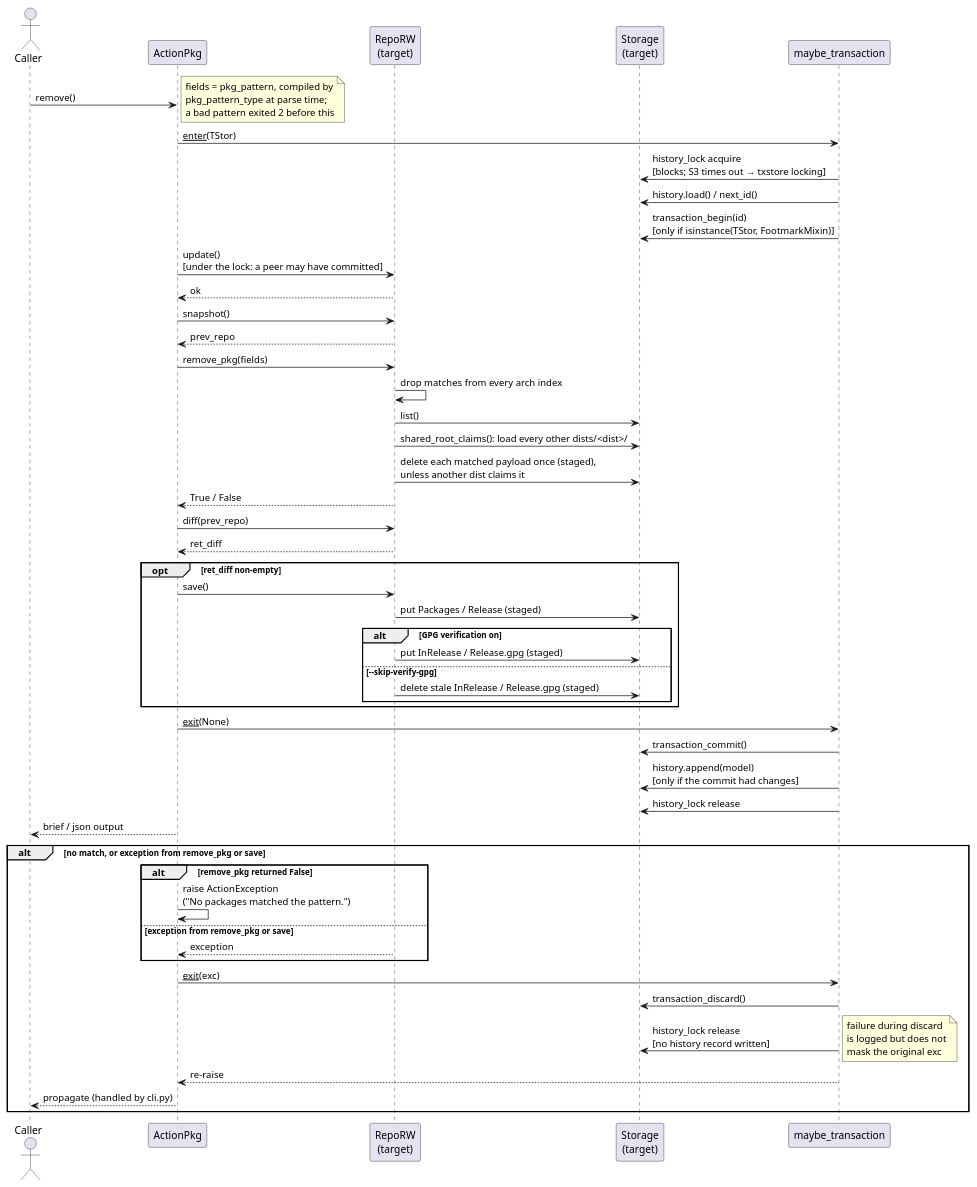
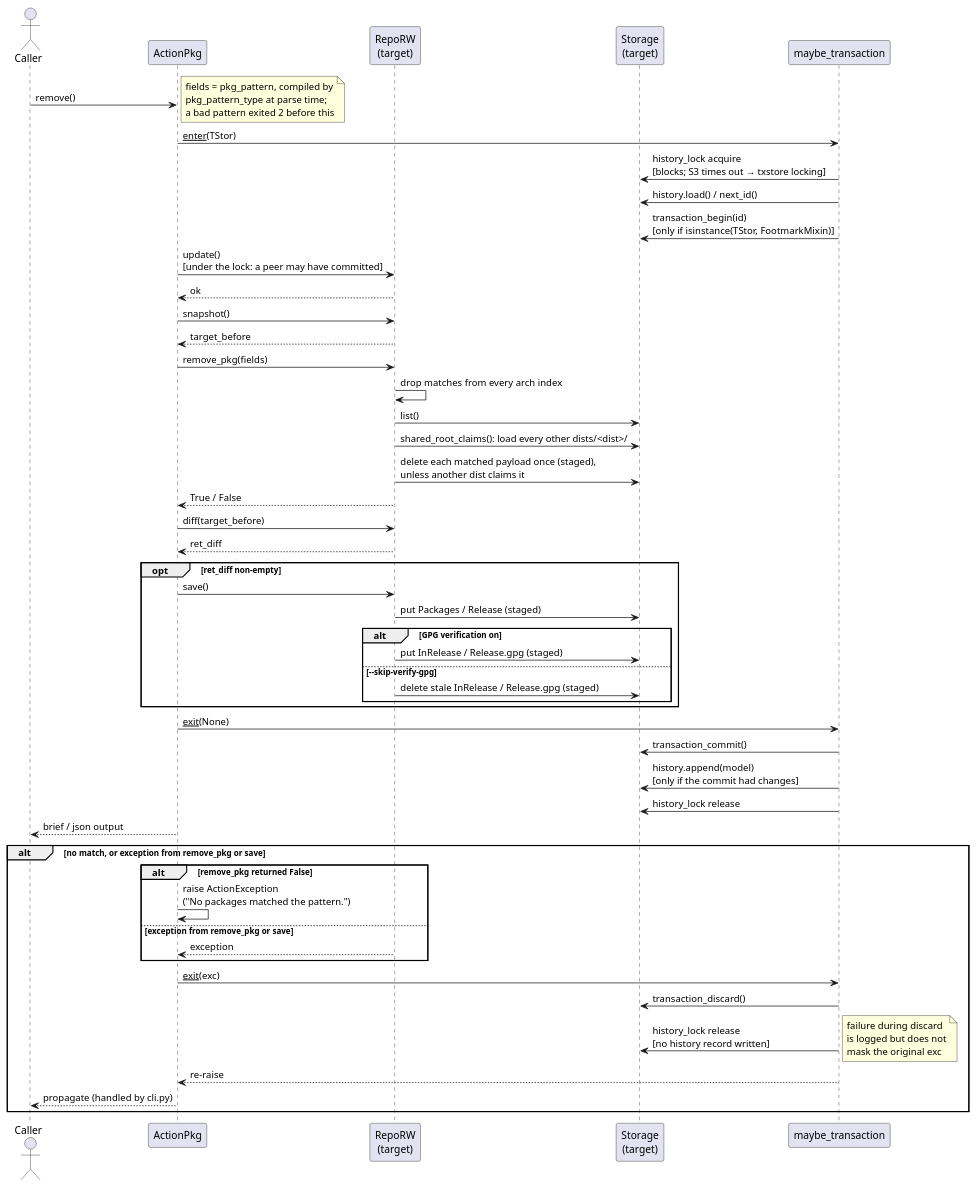
The diagram in docs/development/diagrams/action-pkg-remove-sequence.puml (vinklat/debkit), drawn with PlantUML before and after one commit. The commit also changed 8 other files, not shown here.

First line of the commit message:
Name the insert and remove pre-command snapshot target_before

```diff
--- a/docs/development/diagrams/action-pkg-remove-sequence.puml
+++ b/docs/development/diagrams/action-pkg-remove-sequence.puml
@@ -1,63 +1,63 @@
 @startuml
 actor Caller
 participant ActionPkg
 participant "RepoRW\n(target)" as Tgt
 participant "Storage\n(target)" as TStor
 participant "maybe_transaction" as CM
 
 Caller -> ActionPkg: remove()
 note right
   fields = pkg_pattern, compiled by
   pkg_pattern_type at parse time;
   a bad pattern exited 2 before this
 end note
 
 ActionPkg -> CM: __enter__(TStor)
 CM -> TStor: history_lock acquire\n[blocks; S3 times out → txstore locking]
 CM -> TStor: history.load() / next_id()
 CM -> TStor: transaction_begin(id)\n[only if isinstance(TStor, FootmarkMixin)]
 
 ActionPkg -> Tgt: update()\n[under the lock: a peer may have committed]
 Tgt --> ActionPkg: ok
 ActionPkg -> Tgt: snapshot()
-Tgt --> ActionPkg: prev_repo
+Tgt --> ActionPkg: target_before
 
 ActionPkg -> Tgt: remove_pkg(fields)
 Tgt -> Tgt: drop matches from every arch index
 Tgt -> TStor: list()
 Tgt -> TStor: shared_root_claims(): load every other dists/<dist>/
 Tgt -> TStor: delete each matched payload once (staged),\nunless another dist claims it
 Tgt --> ActionPkg: True / False
-ActionPkg -> Tgt: diff(prev_repo)
+ActionPkg -> Tgt: diff(target_before)
 Tgt --> ActionPkg: ret_diff
 opt ret_diff non-empty
   ActionPkg -> Tgt: save()
   Tgt -> TStor: put Packages / Release (staged)
   alt GPG verification on
     Tgt -> TStor: put InRelease / Release.gpg (staged)
   else --skip-verify-gpg
     Tgt -> TStor: delete stale InRelease / Release.gpg (staged)
   end
 end
 
 ActionPkg -> CM: __exit__(None)
 CM -> TStor: transaction_commit()
 CM -> TStor: history.append(model)\n[only if the commit had changes]
 CM -> TStor: history_lock release
 
 ActionPkg --> Caller: brief / json output
 
 alt no match, or exception from remove_pkg or save
   alt remove_pkg returned False
     ActionPkg -> ActionPkg: raise ActionException\n("No packages matched the pattern.")
   else exception from remove_pkg or save
     Tgt --> ActionPkg: exception
   end
   ActionPkg -> CM: __exit__(exc)
   CM -> TStor: transaction_discard()
   CM -> TStor: history_lock release\n[no history record written]
   note right: failure during discard\nis logged but does not\nmask the original exc
   CM --> ActionPkg: re-raise
   ActionPkg --> Caller: propagate (handled by cli.py)
 end
 @enduml
```
